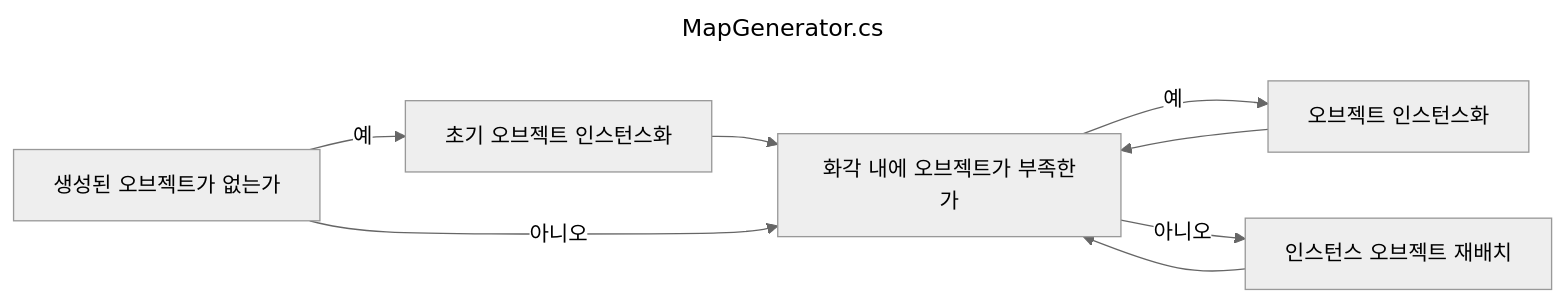
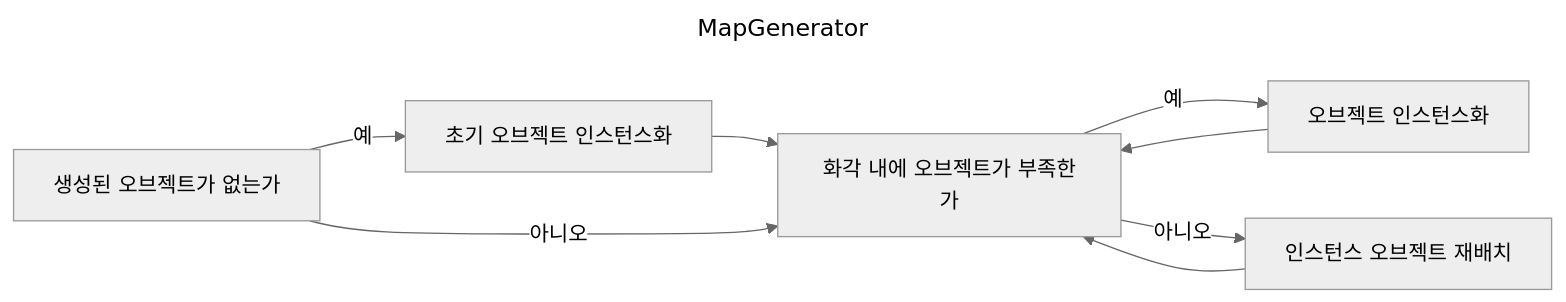
Before and after one commit to hyngng/hynrng.github.io: the second of 5 diagrams in _posts/프로그래밍/마일스톤/2024-04-11-armonia-developing.md, drawn with Mermaid (neutral theme). The commit also changed other lines of this file and 3 other files, not shown here.

````diff
--- a/_posts/프로그래밍/마일스톤/2024-04-11-armonia-developing.md
+++ b/_posts/프로그래밍/마일스톤/2024-04-11-armonia-developing.md
@@ -108,19 +119,19 @@
 ```mermaid
 ---
-title: MapGenerator.cs
+title: MapGenerator
 ---
 flowchart LR
     A[생성된 오브젝트가 없는가]
     B[초기 오브젝트 인스턴스화]
     C[화각 내에 오브젝트가 부족한가]
     D[오브젝트 인스턴스화]
     F[인스턴스 오브젝트 재배치]
 
     A -->|예| B
     B --> C
     A -->|아니오| C
     C --> |예| D
     D --> C
     C -->|아니오| F
     F --> C
 ```
````
